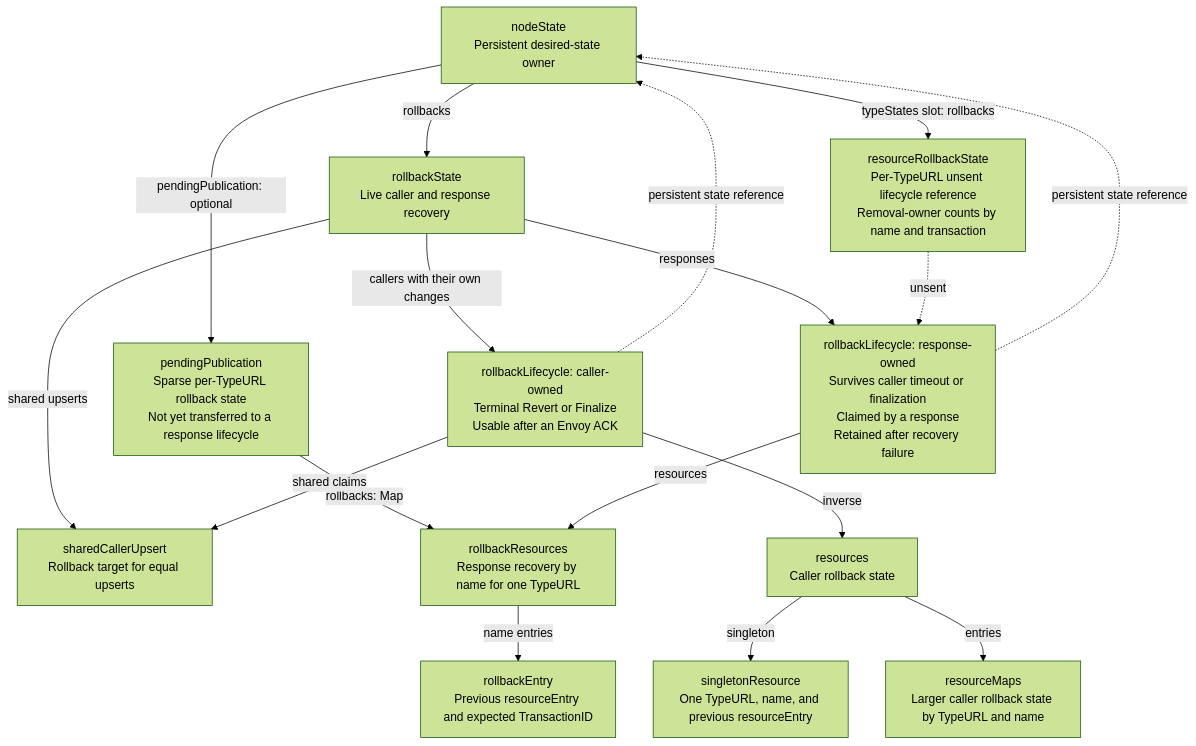
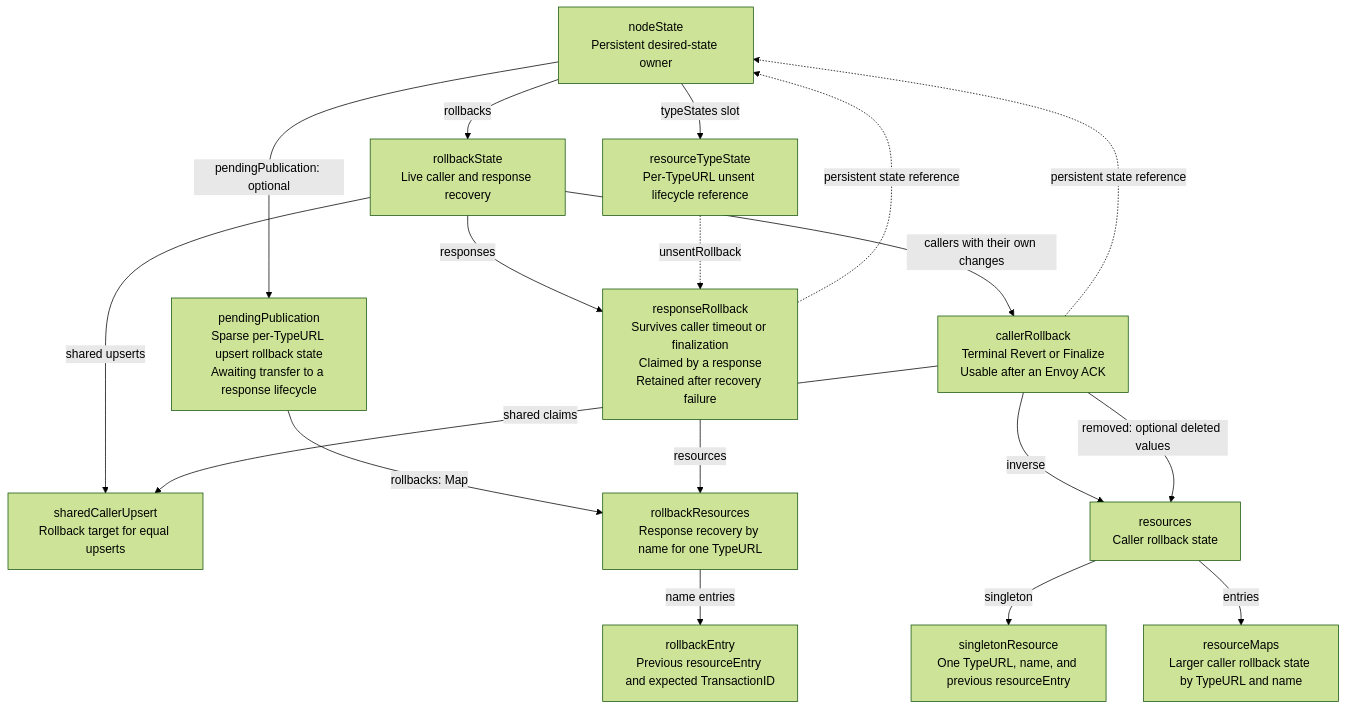
The fourth of 4 diagrams in pkg/envoy/xdsnew/design.md (cilium/cilium), drawn with Mermaid (forest theme) before and after one commit. The commit also changed other lines of this file and 21 other files, not shown here.

First line of the commit message:
envoy: preserve ADS resource removals on NACK

````diff
--- a/pkg/envoy/xdsnew/design.md
+++ b/pkg/envoy/xdsnew/design.md
@@ -417,32 +429,33 @@
 ```mermaid
 flowchart TD
     node["nodeState<br/>Persistent desired-state owner"]
     state["rollbackState<br/>Live caller and response recovery"]
-    caller["rollbackLifecycle: caller-owned<br/>Terminal Revert or Finalize<br/>Usable after an Envoy ACK"]
-    response["rollbackLifecycle: response-owned<br/>Survives caller timeout or finalization<br/>Claimed by a response<br/>Retained after recovery failure"]
+    caller["callerRollback<br/>Terminal Revert or Finalize<br/>Usable after an Envoy ACK"]
+    response["responseRollback<br/>Survives caller timeout or finalization<br/>Claimed by a response<br/>Retained after recovery failure"]
     shared["sharedCallerUpsert<br/>Rollback target for equal upserts"]
     inverse["resources<br/>Caller rollback state"]
     singleton["singletonResource<br/>One TypeURL, name, and previous resourceEntry"]
     maps["resourceMaps<br/>Larger caller rollback state by TypeURL and name"]
     resources["rollbackResources<br/>Response recovery by name for one TypeURL"]
     entry["rollbackEntry<br/>Previous resourceEntry and expected TransactionID"]
-    types["resourceRollbackState<br/>Per-TypeURL unsent lifecycle reference<br/>Removal-owner counts by name and transaction"]
-    pending["pendingPublication<br/>Sparse per-TypeURL rollback state<br/>Not yet transferred to a response lifecycle"]
+    types["resourceTypeState<br/>Per-TypeURL unsent lifecycle reference"]
+    pending["pendingPublication<br/>Sparse per-TypeURL upsert rollback state<br/>Awaiting transfer to a response lifecycle"]
 
     node -->|pendingPublication: optional| pending
     pending -->|rollbacks: Map| resources
     node -->|rollbacks| state
     state -->|callers with their own changes| caller
     state -->|shared upserts| shared
     state -->|responses| response
     caller -.->|persistent state reference| node
     response -.->|persistent state reference| node
     caller -->|shared claims| shared
     caller -->|inverse| inverse
+    caller -->|removed: optional deleted values| inverse
     inverse -->|singleton| singleton
     inverse -->|entries| maps
     response -->|resources| resources
     resources -->|name entries| entry
-    node -->|typeStates slot: rollbacks| types
-    types -.->|unsent| response
+    node -->|typeStates slot| types
+    types -.->|unsentRollback| response
 ```
````
